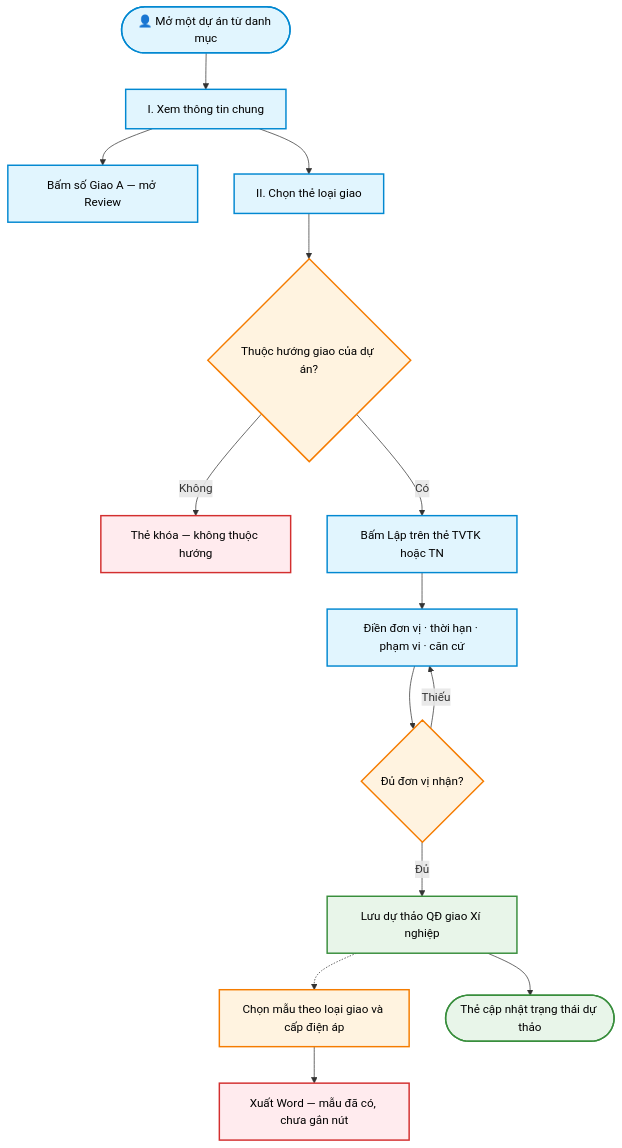
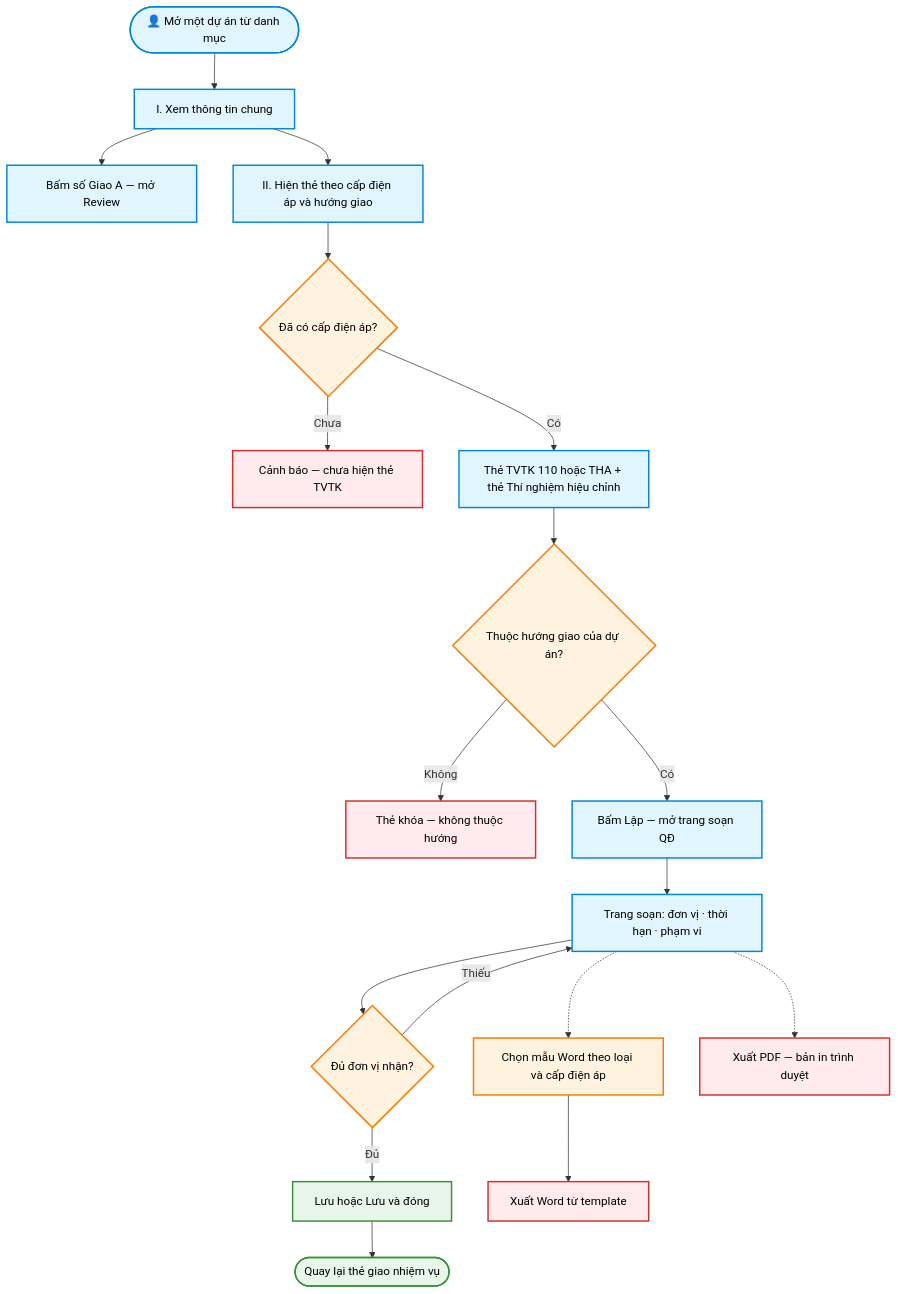
One commit to iSurvey86/gnvnpsc changed the diagram in workflows/02_giao_nhiem_vu.md. Above: the diagram before and after it, drawn with Mermaid. The commit also changed other lines of this file and 24 other files, not shown here.

First line of the commit message:
Đóng phiên: tag Word, 3 thẻ theo cấp ĐA, trang soạn và xuất Word/PDF.

````diff
--- a/workflows/02_giao_nhiem_vu.md
+++ b/workflows/02_giao_nhiem_vu.md
@@ -8,36 +8,43 @@
 ```mermaid
 flowchart TD
   classDef userClass fill:#E1F5FE,stroke:#0288D1,stroke-width:2px,color:#000
   classDef processClass fill:#FFF3E0,stroke:#F57C00,stroke-width:2px,color:#000
   classDef aiClass fill:#F3E5F5,stroke:#8E24AA,stroke-width:2px,color:#000
   classDef dbClass fill:#E8F5E9,stroke:#388E3C,stroke-width:2px,color:#000
   classDef exportClass fill:#FFEBEE,stroke:#D32F2F,stroke-width:2px,color:#000
 
   Open(["👤 Mở một dự án từ danh mục"])
   Info["I. Xem thông tin chung"]
   LinkA["Bấm số Giao A — mở Review"]
-  Sec2["II. Chọn thẻ loại giao"]
+  Sec2["II. Hiện thẻ theo cấp điện áp và hướng giao"]
+  Cap{"Đã có cấp điện áp?"}
+  NoCap["Cảnh báo — chưa hiện thẻ TVTK"]
+  PickCard["Thẻ TVTK 110 hoặc THA + thẻ Thí nghiệm hiệu chỉnh"]
   Allow{"Thuộc hướng giao của dự án?"}
   Block["Thẻ khóa — không thuộc hướng"]
-  Lap["Bấm Lập trên thẻ TVTK hoặc TN"]
-  Form["Điền đơn vị · thời hạn · phạm vi · căn cứ"]
+  Lap["Bấm Lập — mở trang soạn QĐ"]
+  Form["Trang soạn: đơn vị · thời hạn · phạm vi"]
   Valid{"Đủ đơn vị nhận?"}
-  Save["Lưu dự thảo QĐ giao Xí nghiệp"]
-  Pick["Chọn mẫu theo loại giao và cấp điện áp"]
-  Word["Xuất Word — mẫu đã có, chưa gắn nút"]
-  End(["Thẻ cập nhật trạng thái dự thảo"])
+  Save["Lưu hoặc Lưu và đóng"]
+  Pick["Chọn mẫu Word theo loại và cấp điện áp"]
+  Word["Xuất Word từ template"]
+  Pdf["Xuất PDF — bản in trình duyệt"]
+  End(["Quay lại thẻ giao nhiệm vụ"])
 
   Open --> Info
   Info --> LinkA
-  Info --> Sec2 --> Allow
+  Info --> Sec2 --> Cap
+  Cap -->|Chưa| NoCap
+  Cap -->|Có| PickCard --> Allow
   Allow -->|Không| Block
   Allow -->|Có| Lap --> Form --> Valid
   Valid -->|Thiếu| Form
   Valid -->|Đủ| Save --> End
-  Save -.-> Pick --> Word
+  Form -.-> Pick --> Word
+  Form -.-> Pdf
 
-  class Open,Info,LinkA,Sec2,Lap,Form userClass
-  class Allow,Valid,Pick processClass
+  class Open,Info,LinkA,Sec2,PickCard,Lap,Form userClass
+  class Cap,Allow,Valid,Pick processClass
   class Save,End dbClass
-  class Block,Word exportClass
+  class Block,Word,Pdf,NoCap exportClass
 ```
````
